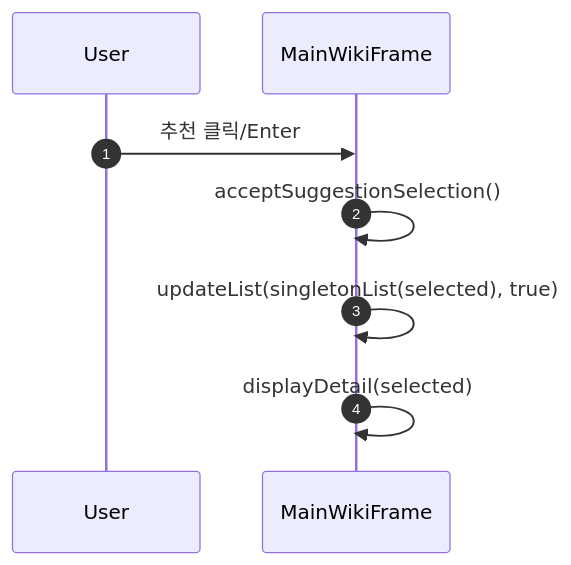
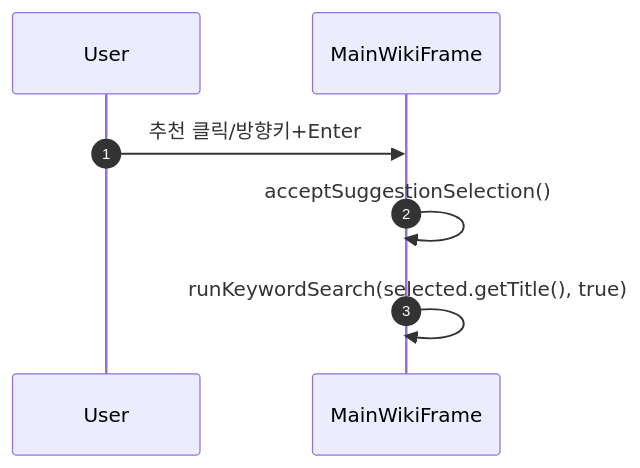
One commit to jegalhb/JAVA_WIKI_ONLINE changed the second of 10 diagrams in src/Reproject/README.md. Above: the diagram before and after it, drawn with Mermaid. The commit also changed other lines of this file and 10 other files, not shown here.

````diff
--- a/src/Reproject/README.md
+++ b/src/Reproject/README.md
@@ -130,11 +143,10 @@
 ```mermaid
 sequenceDiagram
     autonumber
     participant U as User
     participant MW as MainWikiFrame
 
-    U->>MW: 추천 클릭/Enter
+    U->>MW: 추천 클릭/방향키+Enter
     MW->>MW: acceptSuggestionSelection()
-    MW->>MW: updateList(singletonList(selected), true)
-    MW->>MW: displayDetail(selected)
+    MW->>MW: runKeywordSearch(selected.getTitle(), true)
 ```
````
